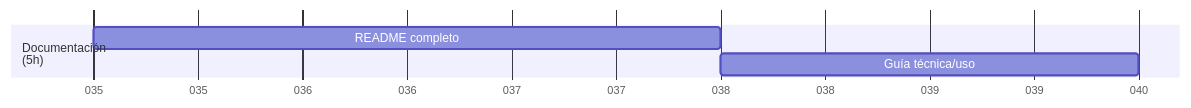
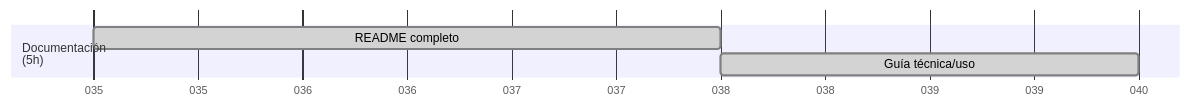
One commit to Covija97/badentracker changed the ninth of 9 diagrams in .md/readme.md. Above: the diagram before and after it, drawn with Mermaid. The commit also changed other lines of this file and 1 other file, not shown here.

````diff
--- a/.md/readme.md
+++ b/.md/readme.md
@@ -146,8 +140,8 @@
 ```mermaid
 gantt
     dateFormat  DDD
     axisFormat %j
     section Documentación<br>(5h)
-    README completo             : 02-04, 3d
-    Guía técnica/uso            : 02-07, 2d
+    README completo             :done, 02-04, 3d
+    Guía técnica/uso            :done, 02-07, 2d
 ```
````
